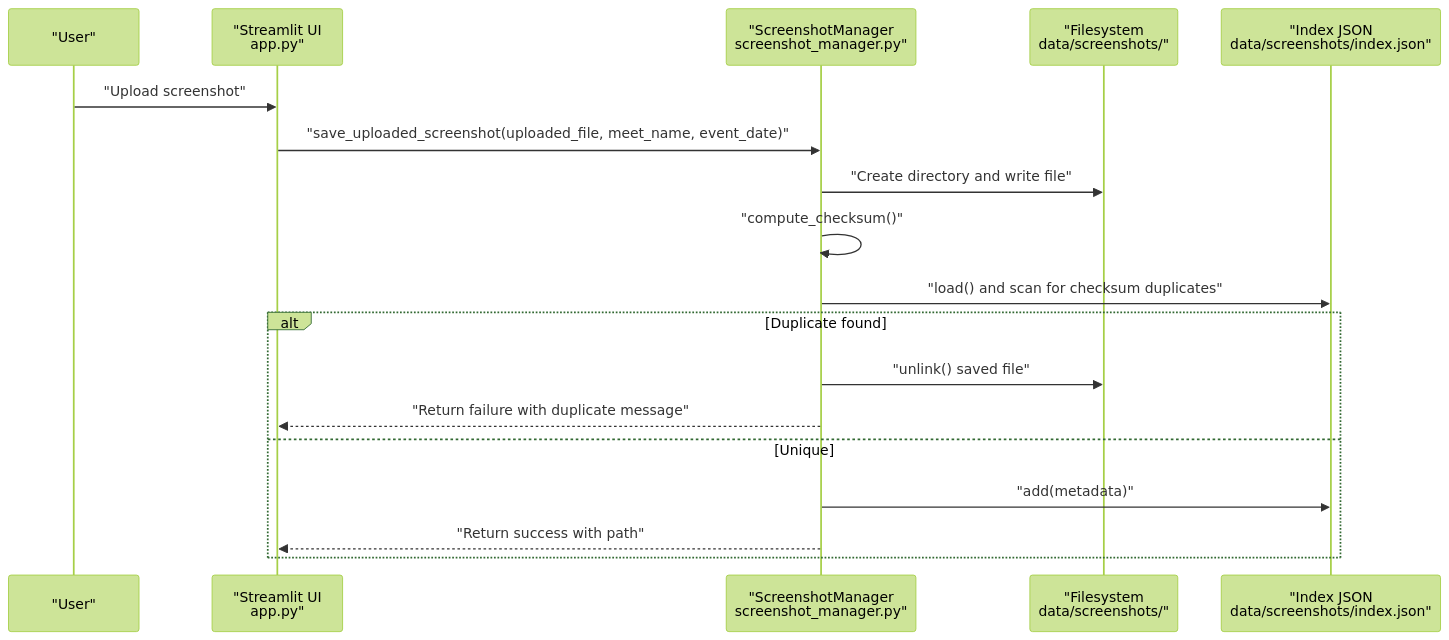
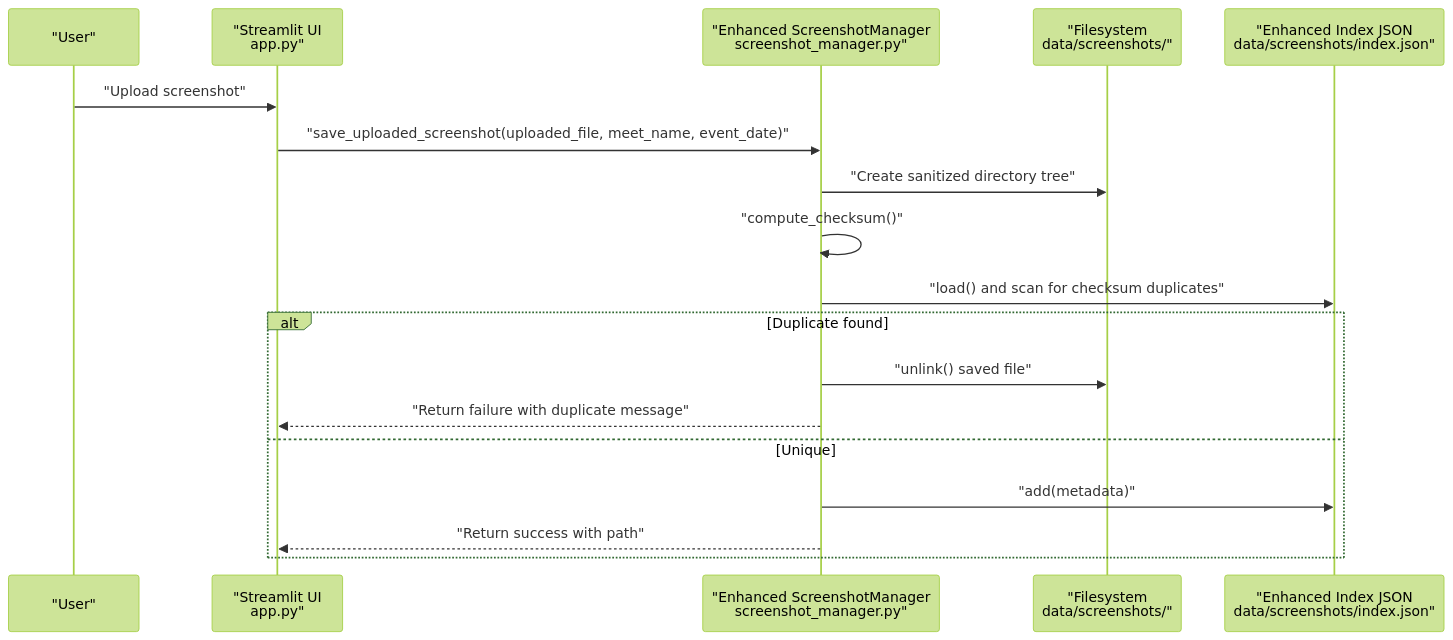
One commit to Johnny22056/SwimingStatus changed the second of 9 diagrams in .qoder/repowiki/en/content/Feature Modules/Screenshot Processing.md. Above: the diagram before and after it, drawn with Mermaid (forest theme). The commit also changed other lines of this file and 8 other files, not shown here.

````diff
--- a/.qoder/repowiki/en/content/Feature Modules/Screenshot Processing.md
+++ b/.qoder/repowiki/en/content/Feature Modules/Screenshot Processing.md
@@ -85,20 +95,20 @@
 ```mermaid
 sequenceDiagram
 participant User as "User"
 participant UI as "Streamlit UI<br/>app.py"
-participant SM as "ScreenshotManager<br/>screenshot_manager.py"
+participant SM as "Enhanced ScreenshotManager<br/>screenshot_manager.py"
 participant FS as "Filesystem<br/>data/screenshots/"
-participant IDX as "Index JSON<br/>data/screenshots/index.json"
+participant IDX as "Enhanced Index JSON<br/>data/screenshots/index.json"
 User->>UI : "Upload screenshot"
 UI->>SM : "save_uploaded_screenshot(uploaded_file, meet_name, event_date)"
-SM->>FS : "Create directory and write file"
+SM->>FS : "Create sanitized directory tree"
 SM->>SM : "compute_checksum()"
 SM->>IDX : "load() and scan for checksum duplicates"
 alt Duplicate found
 SM->>FS : "unlink() saved file"
 SM-->>UI : "Return failure with duplicate message"
 else Unique
 SM->>IDX : "add(metadata)"
 SM-->>UI : "Return success with path"
 end
 ```
````
